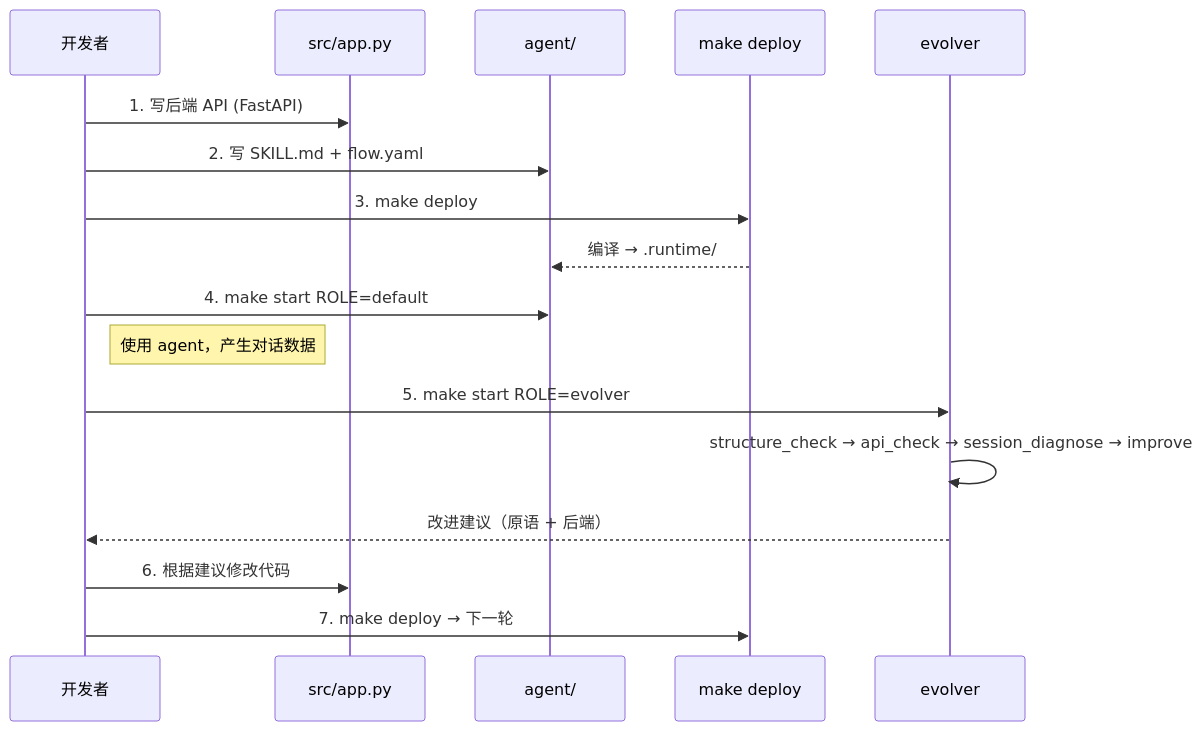
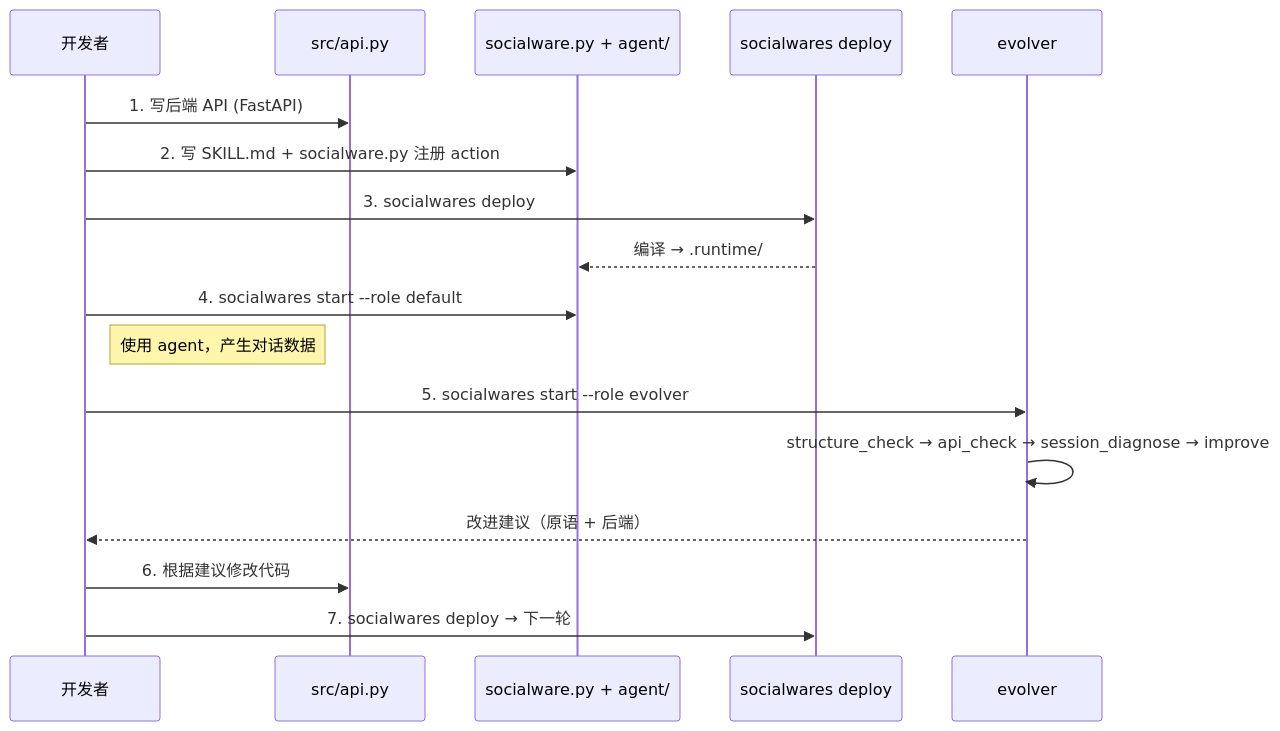
Before and after one commit to ezagent42/Socialwares: the second of 4 diagrams in docs/guides/006-dev-guide.md, drawn with Mermaid. The commit also changed other lines of this file and 77 other files, not shown here.

````diff
--- a/docs/guides/006-dev-guide.md
+++ b/docs/guides/006-dev-guide.md
@@ -94,20 +99,20 @@
 ```mermaid
 sequenceDiagram
     participant Dev as 开发者
-    participant App as src/app.py
-    participant Agent as agent/
-    participant Deploy as make deploy
+    participant App as src/api.py
+    participant Agent as socialware.py + agent/
+    participant Deploy as socialwares deploy
     participant Evolver as evolver
 
     Dev->>App: 1. 写后端 API (FastAPI)
-    Dev->>Agent: 2. 写 SKILL.md + flow.yaml
-    Dev->>Deploy: 3. make deploy
+    Dev->>Agent: 2. 写 SKILL.md + socialware.py 注册 action
+    Dev->>Deploy: 3. socialwares deploy
     Deploy-->>Agent: 编译 → .runtime/
-    Dev->>Agent: 4. make start ROLE=default
+    Dev->>Agent: 4. socialwares start --role default
     Note right of Dev: 使用 agent，产生对话数据
-    Dev->>Evolver: 5. make start ROLE=evolver
+    Dev->>Evolver: 5. socialwares start --role evolver
     Evolver->>Evolver: structure_check → api_check → session_diagnose → improve
     Evolver-->>Dev: 改进建议（原语 + 后端）
     Dev->>App: 6. 根据建议修改代码
-    Dev->>Deploy: 7. make deploy → 下一轮
+    Dev->>Deploy: 7. socialwares deploy → 下一轮
 ```
````
